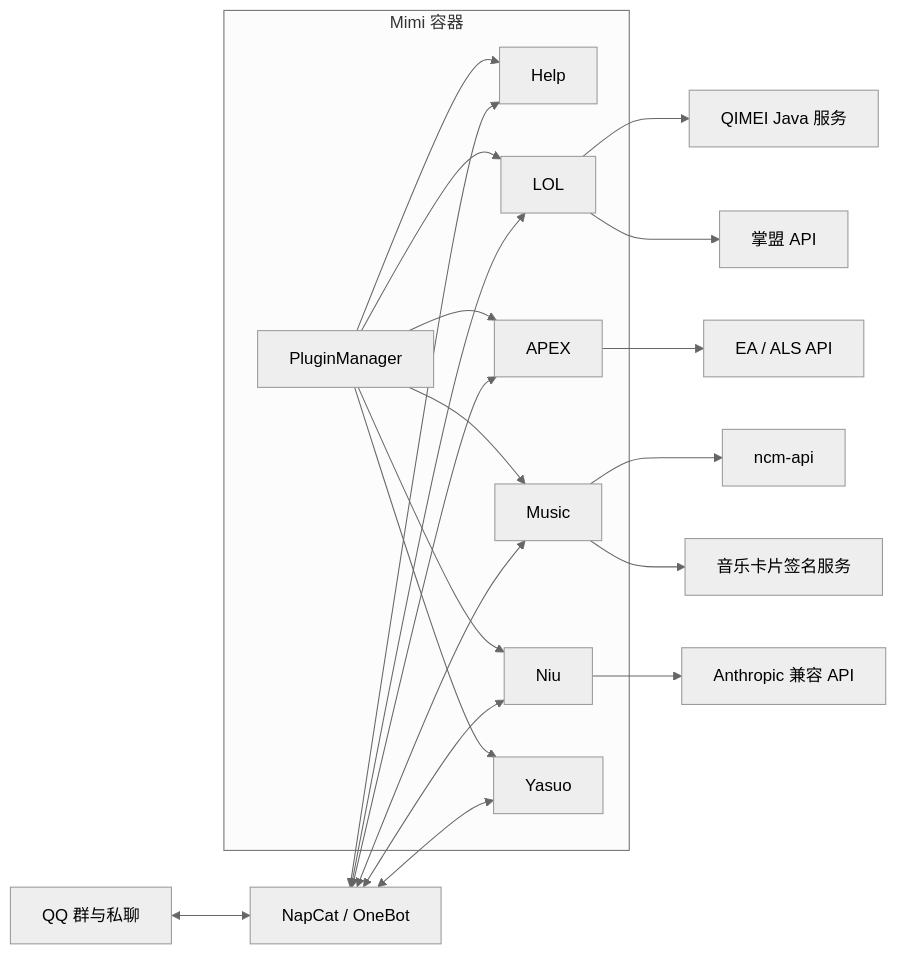
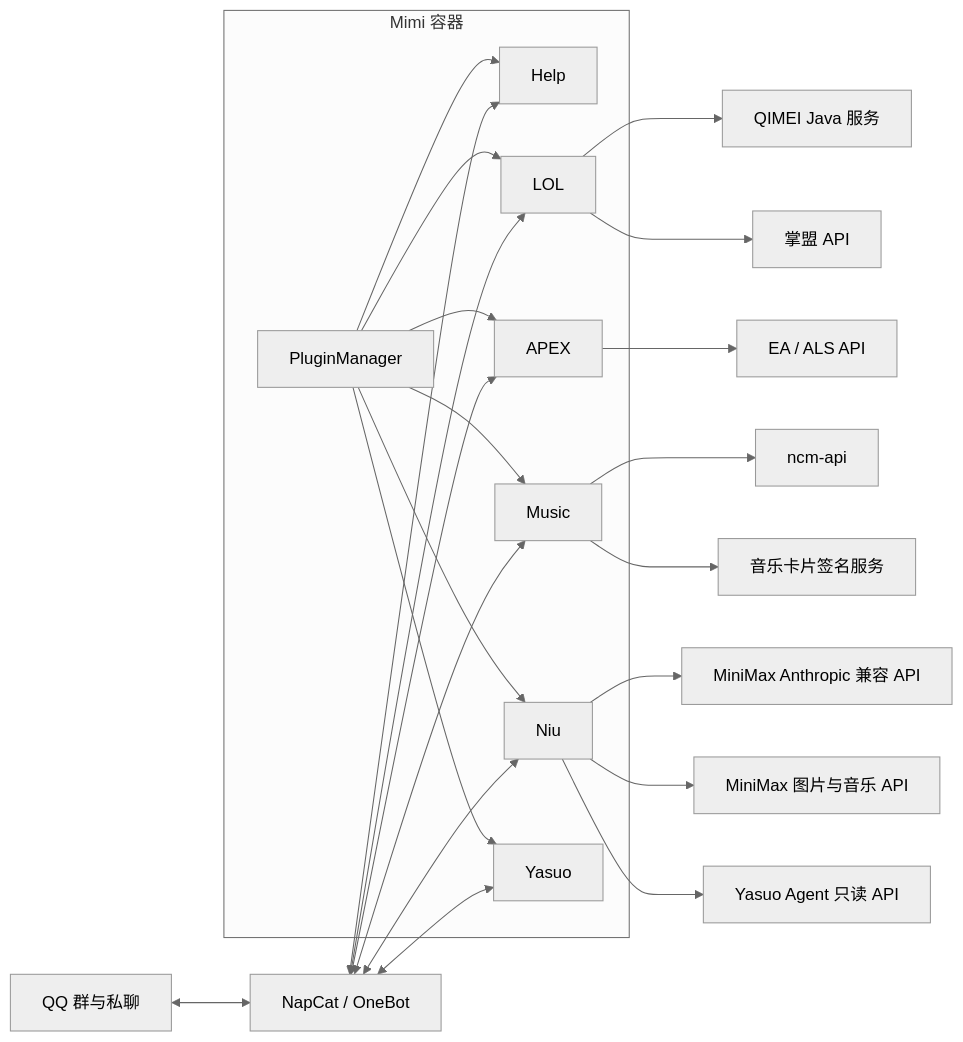
One commit to leiyi2000/mimi changed the diagram in ARCHITECTURE.md. Above: the diagram before and after it, drawn with Mermaid (neutral theme). The commit also changed other lines of this file and 81 other files, not shown here.

Commit message:
feat(niu): add group-chat agent runtime

````diff
--- a/ARCHITECTURE.md
+++ b/ARCHITECTURE.md
@@ -16,34 +16,36 @@
 ```mermaid
 flowchart LR
     QQ[QQ 群与私聊] <--> NC[NapCat / OneBot]
 
     subgraph M[Mimi 容器]
         PM[PluginManager]
         HELP[Help]
         LOL[LOL]
         APEX[APEX]
         MUSIC[Music]
         NIU[Niu]
         YASUO[Yasuo]
         PM --> HELP
         PM --> LOL
         PM --> APEX
         PM --> MUSIC
         PM --> NIU
         PM --> YASUO
     end
 
     NC <--> HELP
     NC <--> LOL
     NC <--> APEX
     NC <--> MUSIC
     NC <--> NIU
     NC <--> YASUO
 
     LOL --> QIMEI[QIMEI Java 服务]
     LOL --> MLOL[掌盟 API]
     APEX --> EA[EA / ALS API]
     MUSIC --> NCM[ncm-api]
     MUSIC --> SIGN[音乐卡片签名服务]
-    NIU --> LLM[Anthropic 兼容 API]
+    NIU --> LLM[MiniMax Anthropic 兼容 API]
+    NIU --> MM[MiniMax 图片与音乐 API]
+    NIU --> YAPI[Yasuo Agent 只读 API]
 ```
````
